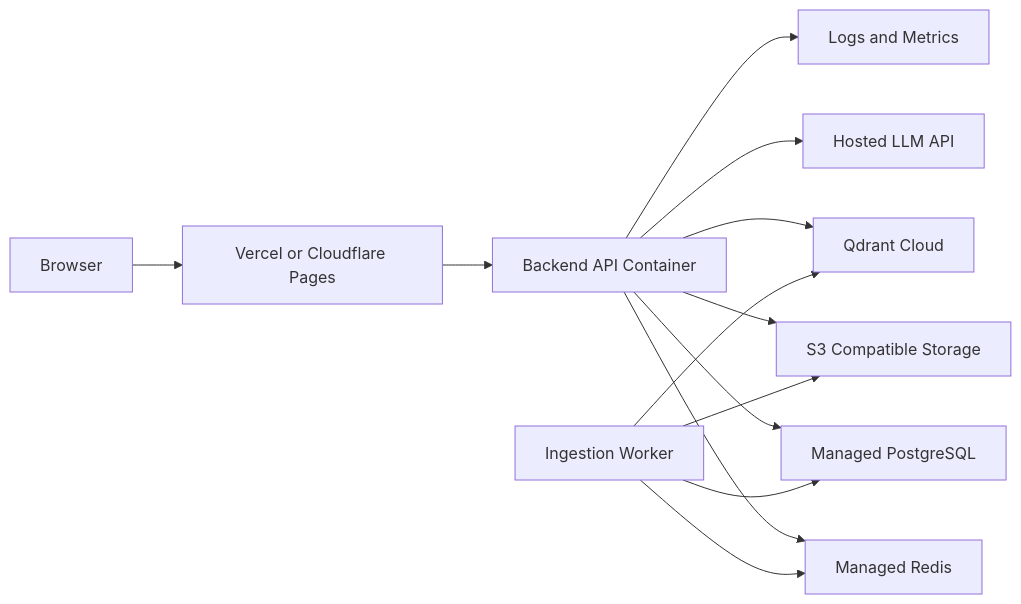
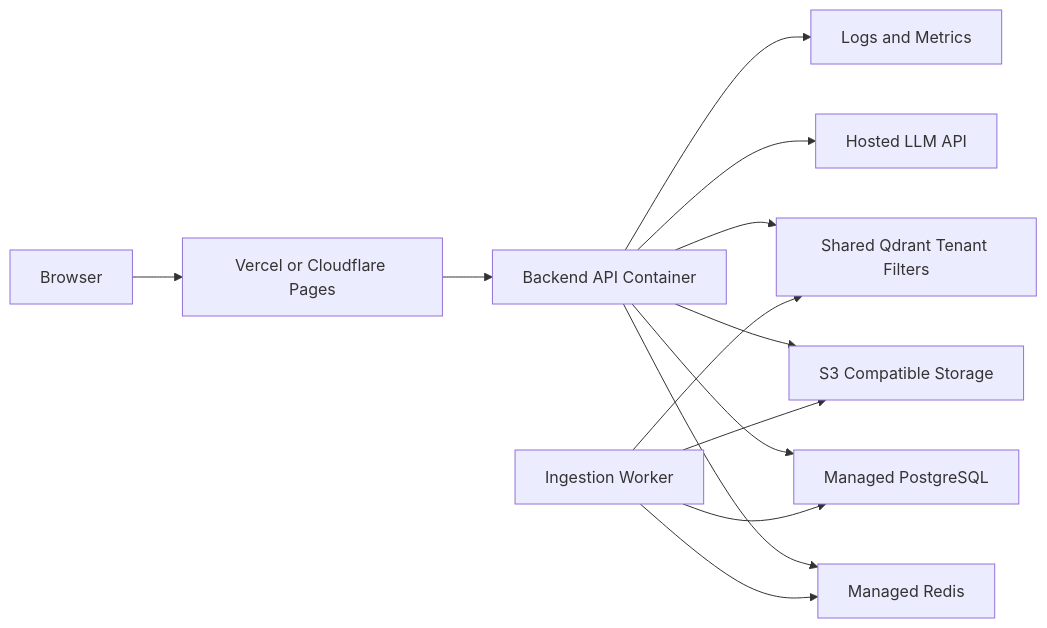
Before and after one commit to faizulkhan56/custom-code-helper-business-plan: the third of 7 diagrams in docs/custom-knowledge-code-helper-business-plan.md, drawn with Mermaid. The commit also changed other lines of this file and 4 other files, not shown here.

````diff
--- a/docs/custom-knowledge-code-helper-business-plan.md
+++ b/docs/custom-knowledge-code-helper-business-plan.md
@@ -599,15 +641,15 @@
 ```mermaid
 flowchart LR
     Browser[Browser] --> Frontend[Vercel or Cloudflare Pages]
     Frontend --> API[Backend API Container]
     API --> PG[Managed PostgreSQL]
     API --> Redis[Managed Redis]
     API --> S3[S3 Compatible Storage]
-    API --> Qdrant[Qdrant Cloud]
+    API --> Qdrant[Shared Qdrant Tenant Filters]
     API --> LLM[Hosted LLM API]
     API --> Monitor[Logs and Metrics]
     Worker[Ingestion Worker] --> Redis
     Worker --> S3
     Worker --> Qdrant
     Worker --> PG
 ```
````
